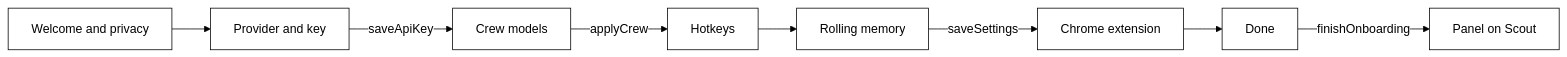
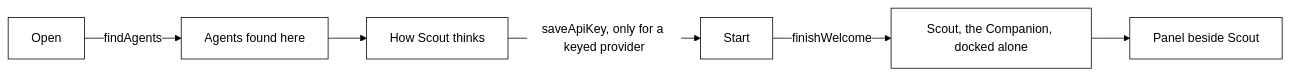
The eighth of 8 diagrams in docs/architecture.md (nadeem4/tagalong), drawn with Mermaid before and after one commit. The commit also changed other lines of this file and 28 other files, not shown here.

First line of the commit message:
feat: Welcome replaces the setup wizard: Scout alone, on your Claude Code sign-in (#43)

````diff
--- a/docs/architecture.md
+++ b/docs/architecture.md
@@ -1063,11 +1064,9 @@
 ```mermaid
 %%{init: {'theme': 'base', 'themeVariables': {'primaryColor': '#ffffff', 'primaryTextColor': '#000000', 'primaryBorderColor': '#000000', 'lineColor': '#000000'}}}%%
 flowchart LR
-  W[Welcome and privacy] --> P[Provider and key]
-  P -->|saveApiKey| C[Crew models]
-  C -->|applyCrew| H[Hotkeys]
-  H --> M[Rolling memory]
-  M -->|saveSettings| E[Chrome extension]
-  E --> F[Done]
-  F -->|finishOnboarding| X[Panel on Scout]
+  O[Open] -->|findAgents| A[Agents found here]
+  A --> B[How Scout thinks]
+  B -->|saveApiKey, only for a keyed provider| S[Start]
+  S -->|finishWelcome| D[Scout, the Companion, docked alone]
+  D --> P[Panel beside Scout]
 ```
````
